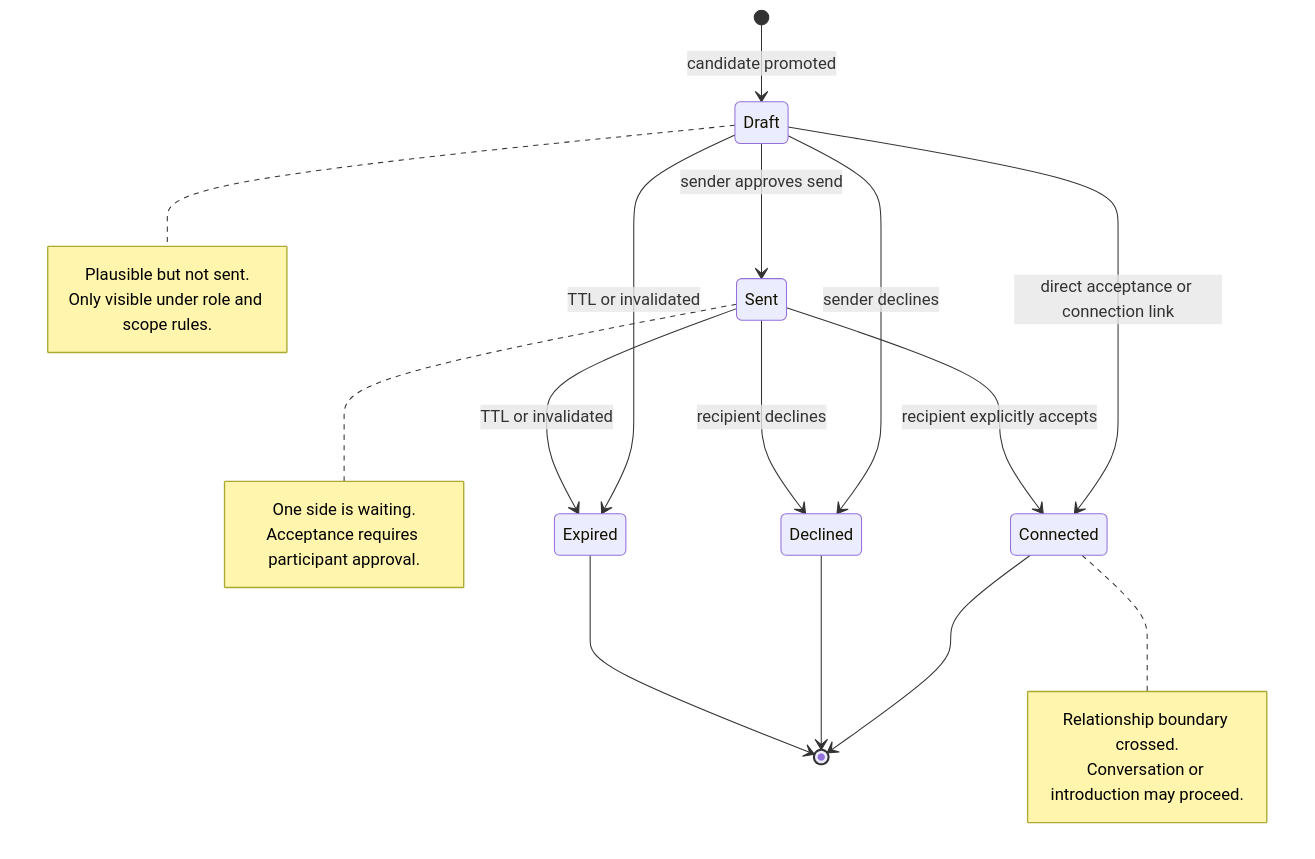
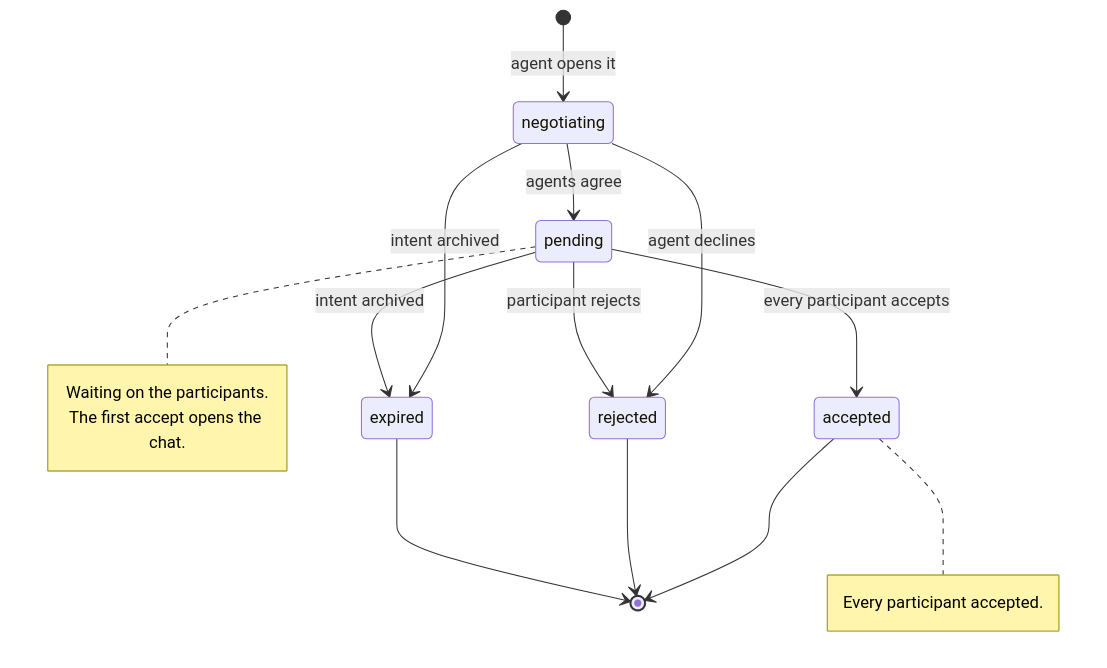
One commit to indexnetwork/index changed the fourth of 6 diagrams in packages/protocol/README.md. Above: the diagram before and after it, drawn with Mermaid. The commit also changed other lines of this file and 10 other files, not shown here.

First line of the commit message:
docs: clarify first accept opens chat, stays pending

````diff
--- a/packages/protocol/README.md
+++ b/packages/protocol/README.md
@@ -251,31 +251,24 @@
 ```mermaid
 stateDiagram-v2
-    [*] --> Draft: candidate promoted
-    Draft --> Sent: sender approves send
-    Draft --> Connected: direct acceptance or connection link
-    Draft --> Declined: sender declines
-    Draft --> Expired: TTL or invalidated
+    [*] --> negotiating: agent opens it
+    negotiating --> pending: agents agree
+    negotiating --> rejected: agent declines
+    negotiating --> expired: intent archived
 
-    Sent --> Connected: recipient explicitly accepts
-    Sent --> Declined: recipient declines
-    Sent --> Expired: TTL or invalidated
+    pending --> accepted: every participant accepts
+    pending --> rejected: participant rejects
+    pending --> expired: intent archived
 
-    Connected --> [*]
-    Declined --> [*]
-    Expired --> [*]
+    accepted --> [*]
+    rejected --> [*]
+    expired --> [*]
 
-    note right of Draft
-      Plausible but not sent.
-      Only visible under role and scope rules.
+    note right of pending
+      Waiting on the participants.
+      The first accept opens the chat.
     end note
 
-    note right of Sent
-      One side is waiting.
-      Acceptance requires participant approval.
-    end note
-
-    note right of Connected
-      Relationship boundary crossed.
-      Conversation or introduction may proceed.
+    note right of accepted
+      Every participant accepted.
     end note
 ```
````
